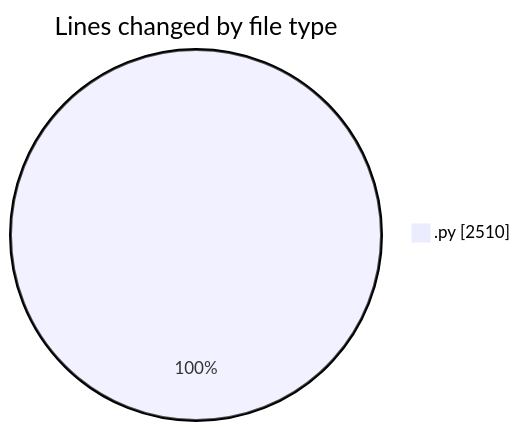
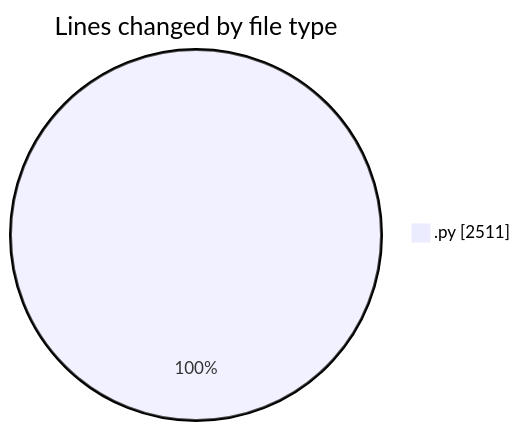
One commit to julien-gomy/code-tracking changed the first of 2 diagrams in 2025-10-23/eventscop-api-guide__workspace_/README.md. Above: the diagram before and after it, drawn with Mermaid. The commit also changed other lines of this file and 1 other file, not shown here.

````diff
--- a/2025-10-23/eventscop-api-guide__workspace_/README.md
+++ b/2025-10-23/eventscop-api-guide__workspace_/README.md
@@ -23,5 +23,5 @@
 ```mermaid
 pie showData
 title Lines changed by file type
-".py" : 2510
+".py" : 2511
 ```
````
